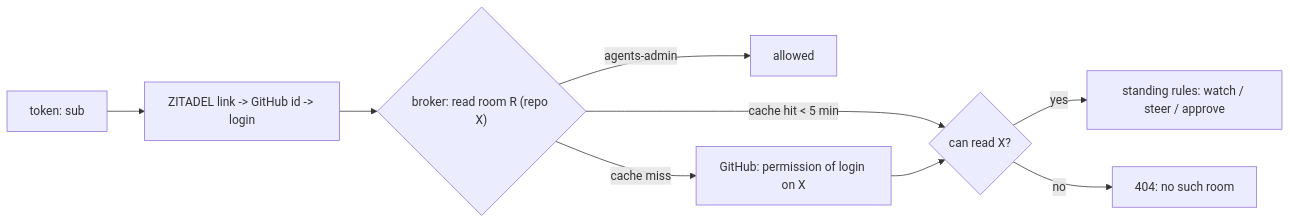
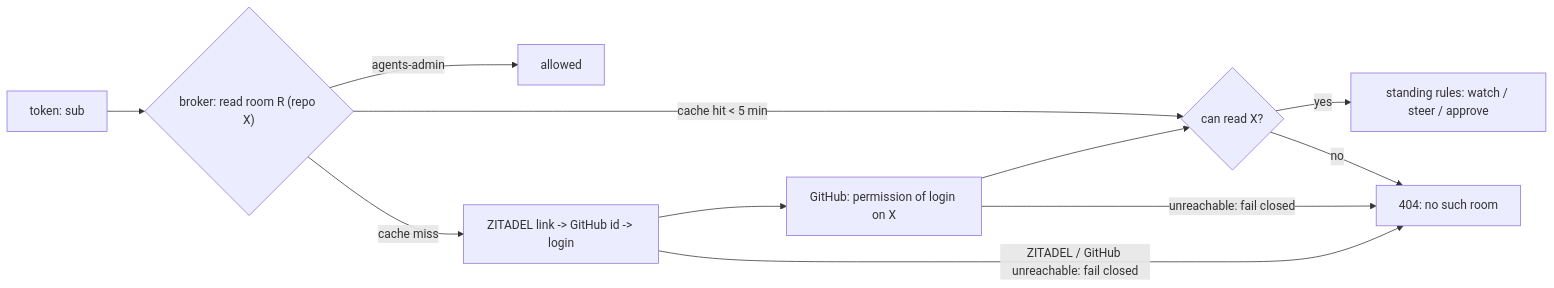
Before and after one commit to Smana/cloud-native-ref: the third of 3 diagrams in docs/superpowers/specs/2026-10-08-agent-factory-local-first-ux-design.md, drawn with Mermaid. The commit also changed 1 other file, not shown here.

Commit message:
docs: D7 flow looks up the GitHub link only on a cache miss

````diff
--- a/docs/superpowers/specs/2026-10-08-agent-factory-local-first-ux-design.md
+++ b/docs/superpowers/specs/2026-10-08-agent-factory-local-first-ux-design.md
@@ -196,9 +196,11 @@
 ```mermaid
 flowchart LR
-  T["token: sub"] --> L["ZITADEL link -> GitHub id -> login"] --> B{"broker: read room R (repo X)"}
+  T["token: sub"] --> B{"broker: read room R (repo X)"}
   B -->|agents-admin| OK["allowed"]
   B -->|cache hit < 5 min| C{"can read X?"}
-  B -->|cache miss| G["GitHub: permission of login on X"] --> C
+  B -->|cache miss| L["ZITADEL link -> GitHub id -> login"] --> G["GitHub: permission of login on X"] --> C
+  L -->|ZITADEL / GitHub unreachable: fail closed| D
+  G -->|unreachable: fail closed| D
   C -->|yes| S["standing rules: watch / steer / approve"]
   C -->|no| D["404: no such room"]
 ```
````
